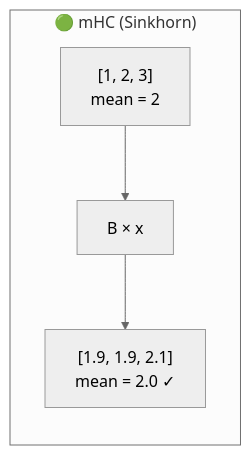
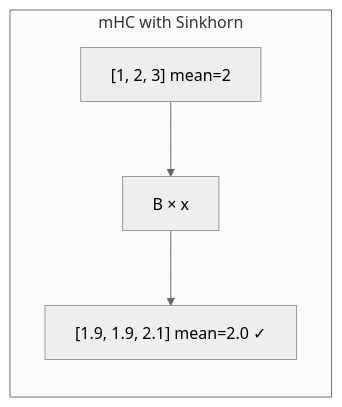
One commit to sandeeppandey456/sandeeppandey456.github.io changed the seventh of 9 diagrams in _posts/2026-01-06-manifold-constrained-hyper-connections.md. Above: the diagram before and after it, drawn with Mermaid (neutral theme). The commit also changed other lines of this file and 1 other file, not shown here.

Commit message:
post about mhc

```diff
--- a/_posts/2026-01-06-manifold-constrained-hyper-connections.md
+++ b/_posts/2026-01-06-manifold-constrained-hyper-connections.md
@@ -412,6 +325,6 @@
-<div class="mermaid">
+<pre class="mermaid">
 graph LR
-    subgraph MHC["🟢 mHC (Sinkhorn)"]
-        I2["[1, 2, 3]<br/>mean = 2"] --> B["B × x"] --> O2["[1.9, 1.9, 2.1]<br/>mean = 2.0 ✓"]
+    subgraph MHC["mHC with Sinkhorn"]
+        I2["[1, 2, 3] mean=2"] --> B1["B × x"] --> O2["[1.9, 1.9, 2.1] mean=2.0 ✓"]
     end
-</div>
+</pre>
```
